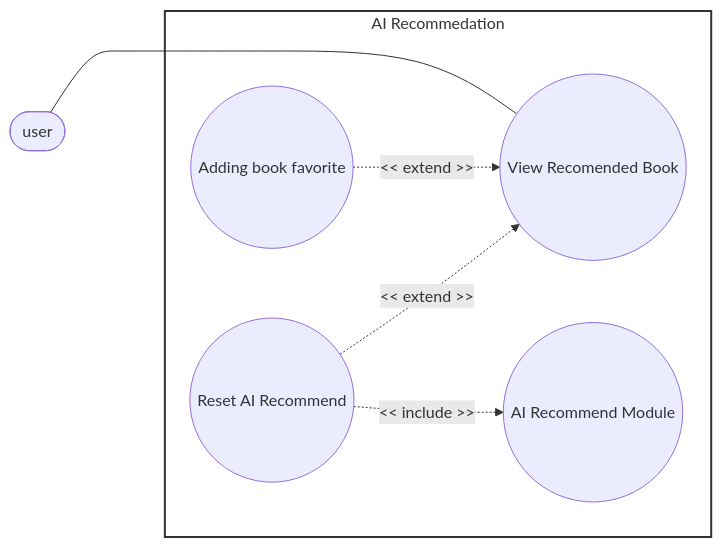
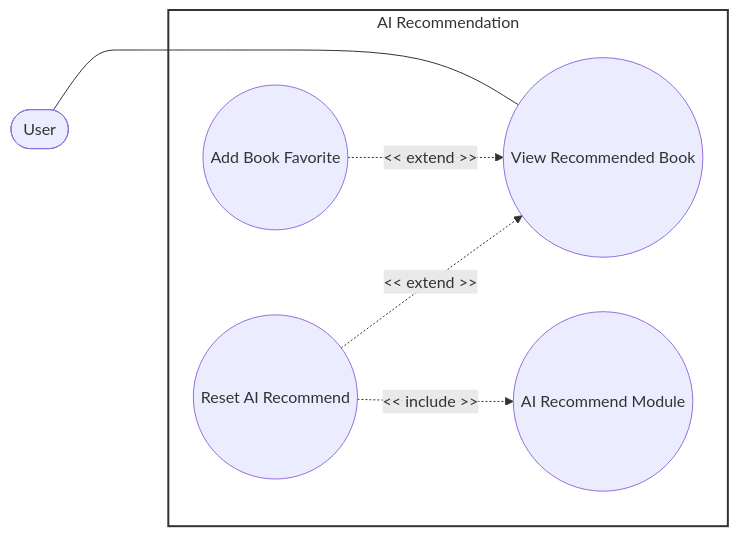
One commit to DuyNhat1705/AmeThyst-Library changed the second of 2 diagrams in docs/use case specification/AI_rec.md. Above: the diagram before and after it, drawn with Mermaid. The commit also changed other lines of this file and 4 other files, not shown here.

````diff
--- a/docs/use case specification/AI_rec.md
+++ b/docs/use case specification/AI_rec.md
@@ -107,16 +64,25 @@
 ```mermaid
 flowchart LR
- subgraph AIRecommendation["AI Recommedation"]
-        UC1(("Adding book favorite"))
-        UC2(("View Recomended Book"))
+    subgraph AIRecommendation ["AI Recommendation"]
+        UC1(("Add Book Favorite"))
+        UC2(("View Recommended Book"))
         UC3(("Reset AI Recommend"))
         UC4(("AI Recommend Module"))
-  end
-    ActorUser(["user"]) ~~~~ AIRecommendation 
-    ActorUser(["user"]) --- UC2
-    UC1 -. &lt;&lt; extend &gt;&gt; .-> UC2
-    UC3 -. &lt;&lt; extend &gt;&gt; .-> UC2
-    UC3 -. &lt;&lt; include &gt;&gt; .-> UC4
+    end
+    
+    %% Actors
+    ActorUser(["User"])
+    
+    %% Structural Layout Anchors
+    ActorUser ~~~~ AIRecommendation 
+    
+    %% Connections
+    ActorUser --- UC2
+    UC1 -. "<< extend >>" .-> UC2
+    UC3 -. "<< extend >>" .-> UC2
+    UC3 -. "<< include >>" .-> UC4
 
+    %% Styling
     style AIRecommendation fill:#fff,stroke:#333,stroke-width:2px
+
 ```
````
